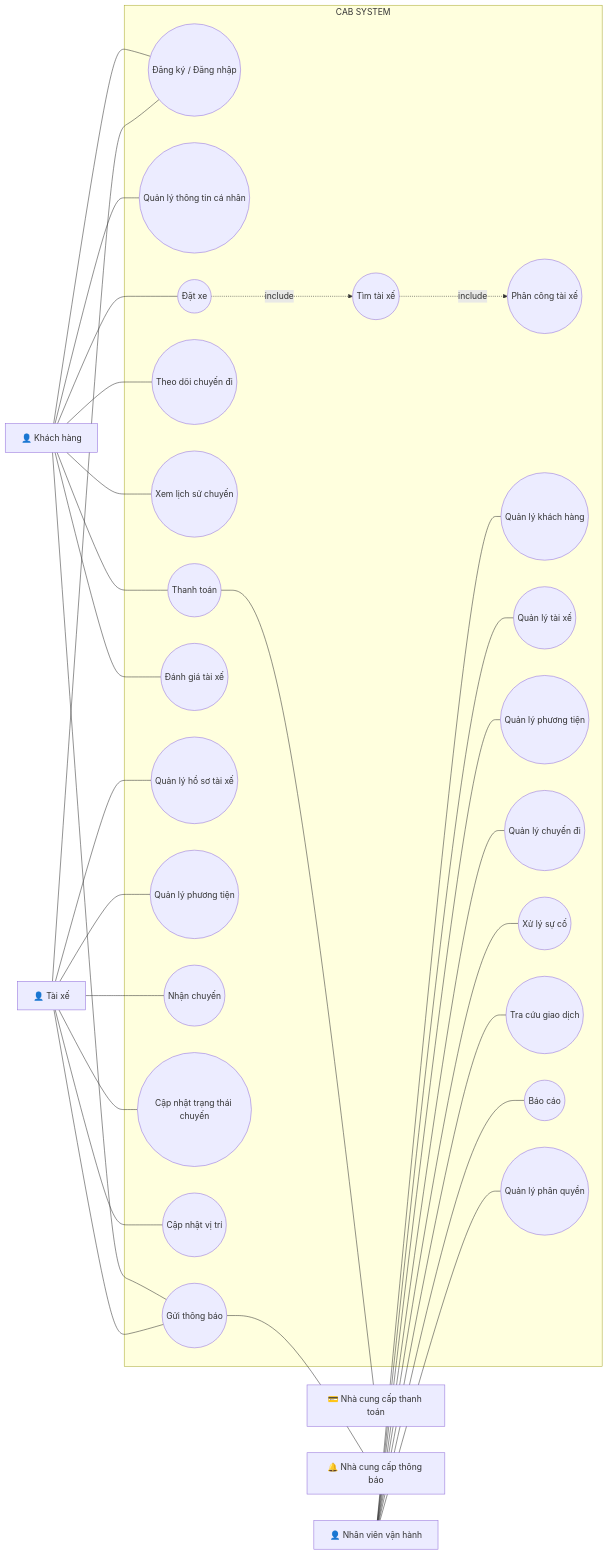
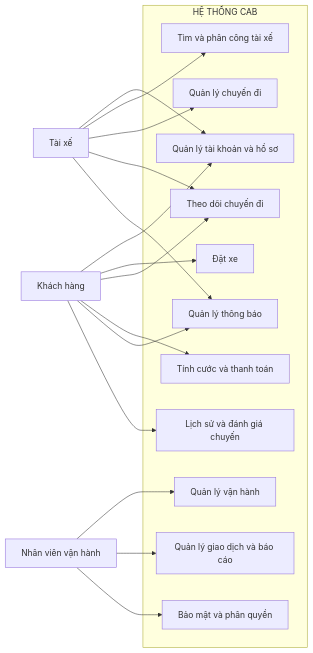
Before and after one commit to phandaiduong1003-prog/23651321_PhanDaiDuong_cabsystem: the second of 2 diagrams in README.md, drawn with Mermaid. The commit also changed other lines of this file, not shown here.

````diff
--- a/README.md
+++ b/README.md
@@ -228,70 +294,40 @@
 ```mermaid
 flowchart LR
 
-    KH["👤 Khách hàng"]
-    TX["👤 Tài xế"]
-    NV["👤 Nhân viên vận hành"]
-    TT["💳 Nhà cung cấp thanh toán"]
-    TB["🔔 Nhà cung cấp thông báo"]
+    KH["Khách hàng"]
+    TX["Tài xế"]
+    NV["Nhân viên vận hành"]
 
-    subgraph CAB["CAB SYSTEM"]
-        UC1(("Đăng ký / Đăng nhập"))
-        UC2(("Quản lý thông tin cá nhân"))
-        UC3(("Đặt xe"))
-        UC4(("Theo dõi chuyến đi"))
-        UC5(("Xem lịch sử chuyến"))
-        UC6(("Thanh toán"))
-        UC7(("Đánh giá tài xế"))
+    subgraph CAB["HỆ THỐNG CAB"]
 
-        UC8(("Quản lý hồ sơ tài xế"))
-        UC9(("Quản lý phương tiện"))
-        UC10(("Nhận chuyến"))
-        UC11(("Cập nhật trạng thái chuyến"))
-        UC12(("Cập nhật vị trí"))
+        UC01["Quản lý tài khoản và hồ sơ"]
+        UC02["Đặt xe"]
+        UC03["Tìm và phân công tài xế"]
+        UC04["Quản lý chuyến đi"]
+        UC05["Theo dõi chuyến đi"]
+        UC06["Tính cước và thanh toán"]
+        UC07["Quản lý thông báo"]
+        UC08["Lịch sử và đánh giá chuyến"]
+        UC09["Quản lý vận hành"]
+        UC10["Quản lý giao dịch và báo cáo"]
+        UC11["Bảo mật và phân quyền"]
 
-        UC13(("Tìm tài xế"))
-        UC14(("Phân công tài xế"))
-
-        UC15(("Quản lý khách hàng"))
-        UC16(("Quản lý tài xế"))
-        UC17(("Quản lý phương tiện"))
-        UC18(("Quản lý chuyến đi"))
-        UC19(("Xử lý sự cố"))
-        UC20(("Tra cứu giao dịch"))
-
-        UC21(("Báo cáo"))
-        UC22(("Quản lý phân quyền"))
-        UC23(("Gửi thông báo"))
     end
 
-    KH --- UC1
-    KH --- UC2
-    KH --- UC3
-    KH --- UC4
-    KH --- UC5
-    KH --- UC6
-    KH --- UC7
+    KH --> UC01
+    KH --> UC02
+    KH --> UC05
+    KH --> UC06
+    KH --> UC07
+    KH --> UC08
 
-    TX --- UC1
-    TX --- UC8
-    TX --- UC9
-    TX --- UC10
-    TX --- UC11
-    TX --- UC12
+    TX --> UC01
+    TX --> UC03
+    TX --> UC04
+    TX --> UC05
+    TX --> UC07
 
-    NV --- UC15
-    NV --- UC16
-    NV --- UC17
-    NV --- UC18
-    NV --- UC19
-    NV --- UC20
-    NV --- UC22
-    NV --- UC21
-
-    UC3 -.->|include| UC13
-    UC13 -.->|include| UC14
-    UC6 --- TT
-    UC23 --- TB
-    KH --- UC23
-    TX --- UC23
+    NV --> UC09
+    NV --> UC10
+    NV --> UC11
 ```
````
